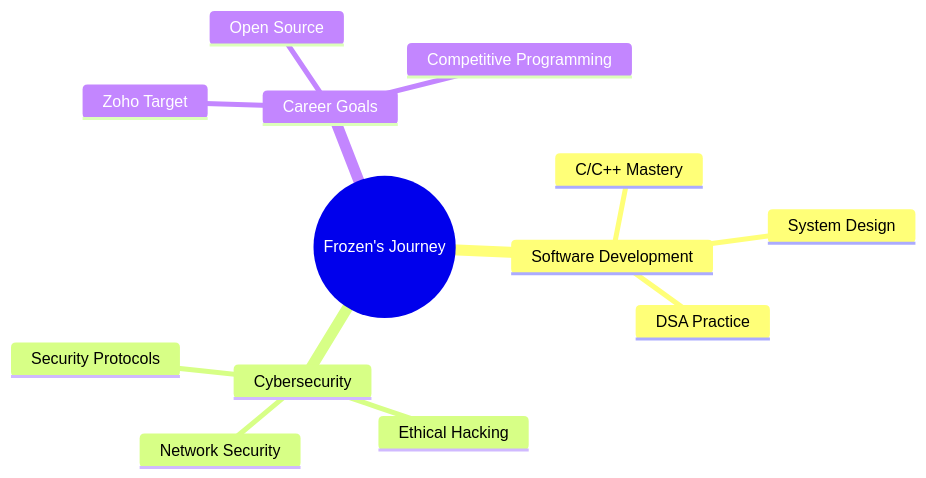
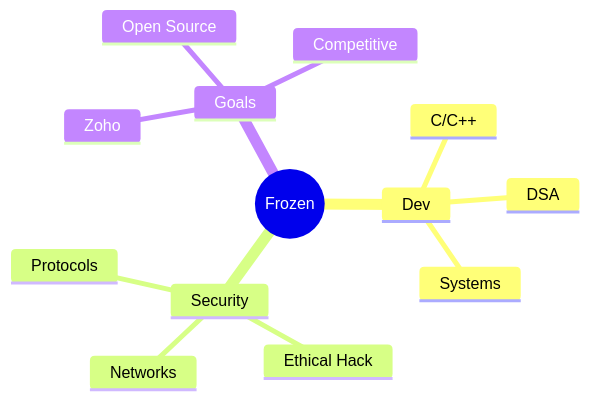
Before and after one commit to Frozen-47/Frozen-47: the diagram in README.md, drawn with Mermaid.

Commit message:
Refactor mindmap layout in README
Updated mindmap structure for clarity and conciseness.

````diff
--- a/README.md
+++ b/README.md
@@ -88,16 +88,16 @@
 ```mermaid
 mindmap
-  root((Frozen's Journey))
-    Software Development
-      C/C++ Mastery
-      DSA Practice
-      System Design
-    Cybersecurity
-      Network Security
-      Ethical Hacking
-      Security Protocols
-    Career Goals
-      Zoho Target
+  root((Frozen))
+    Dev
+      C/C++
+      DSA
+      Systems
+    Security
+      Networks
+      Ethical Hack
+      Protocols
+    Goals
+      Zoho
       Open Source
-      Competitive Programming
+      Competitive
 ```
````
